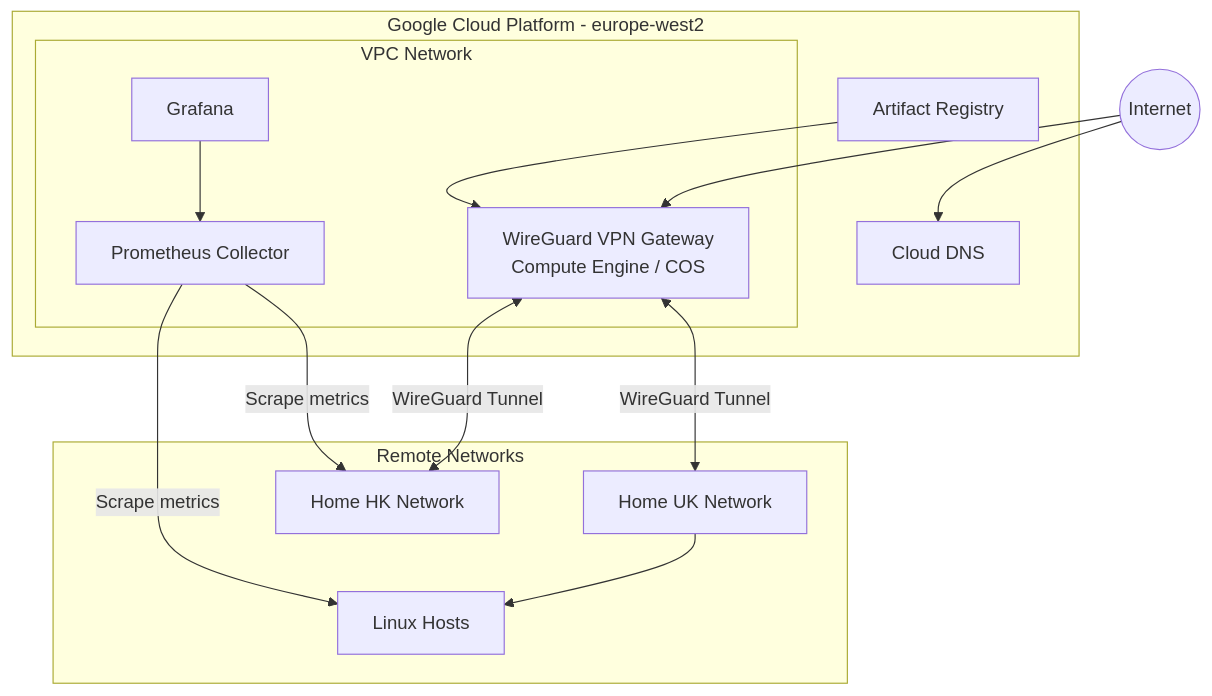
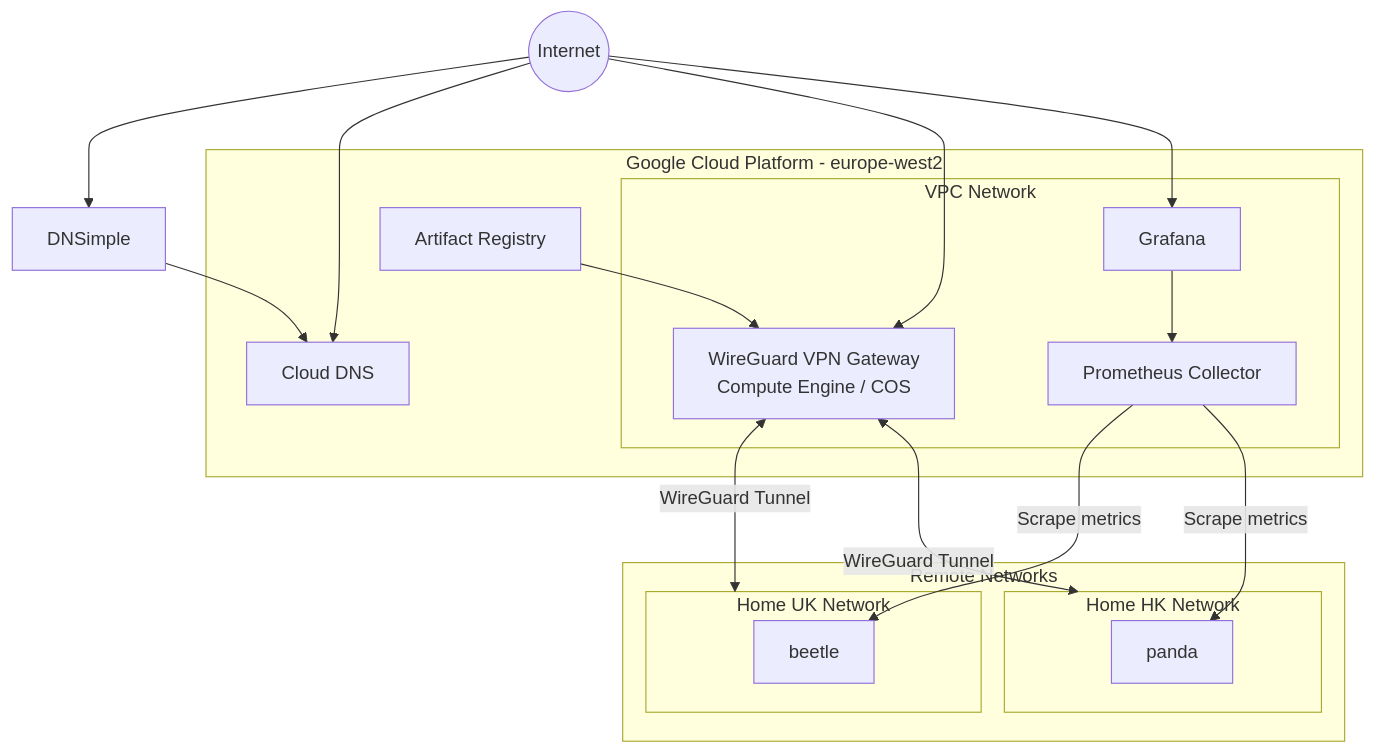
The diagram in README.md (adambhwong/my-gcp-project), drawn with Mermaid before and after one commit.

Commit message:
update diagram

````diff
--- a/README.md
+++ b/README.md
@@ -24,29 +24,35 @@
 ```mermaid
 flowchart TB
     Internet((Internet))
+    DS["DNSimple"]
     subgraph GCP["Google Cloud Platform - europe-west2"]
         DNS["Cloud DNS"]
         AR["Artifact Registry"]
         subgraph VPC["VPC Network"]
             VPN["WireGuard VPN Gateway<br/>Compute Engine / COS"]
             PROM["Prometheus Collector"]
             GRAF["Grafana"]
         end
     end
 
     subgraph Remote["Remote Networks"]
-        UK["Home UK Network"]
-        HK["Home HK Network"]
-        UKHOST["Linux Hosts"]
+        subgraph UK["Home UK Network"]
+            UKHOST["beetle"]
+        end
+        subgraph HK["Home HK Network"]
+            HKHOST["panda"]
+        end
     end
 
+    Internet --> DS
+    DS --> DNS
     Internet --> DNS
     Internet --> VPN
+    Internet --> GRAF
     AR --> VPN
     VPN <-->|WireGuard Tunnel| UK
     VPN <-->|WireGuard Tunnel| HK
-    UK --> UKHOST
     PROM -->|Scrape metrics| UKHOST
-    PROM -->|Scrape metrics| HK
+    PROM -->|Scrape metrics| HKHOST
     GRAF --> PROM
 ```
````
